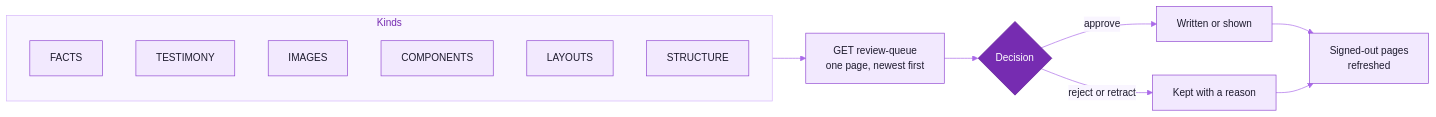
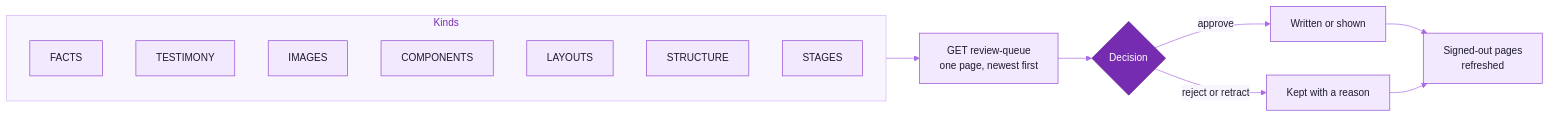
One commit to ankits1802/science-behind-craft changed the diagram in docs/contracts/review-queue.md. Above: the diagram before and after it, drawn with Mermaid. The commit also changed other lines of this file and 139 other files, not shown here.

````diff
--- a/docs/contracts/review-queue.md
+++ b/docs/contracts/review-queue.md
@@ -21,20 +21,21 @@
 ```mermaid
 %%{init: {"theme":"base","fontFamily":"Inter, ui-sans-serif, system-ui, -apple-system, Segoe UI, Roboto, Helvetica, Arial, sans-serif","themeVariables":{"fontSize":"15px","primaryColor":"#F2E9FE","primaryTextColor":"#1E1B2E","primaryBorderColor":"#9148D2","secondaryColor":"#FAEECD","secondaryTextColor":"#1E1B2E","secondaryBorderColor":"#CD9200","tertiaryColor":"#F3F1FA","tertiaryTextColor":"#1E1B2E","tertiaryBorderColor":"#A7A3BC","mainBkg":"#F2E9FE","nodeBorder":"#9148D2","nodeTextColor":"#1E1B2E","lineColor":"#AA69E9","textColor":"#857F9E","edgeLabelBackground":"#F9F5FF","clusterBkg":"#F9F5FF","clusterBorder":"#D6B6FB","titleColor":"#762CB1"}}}%%
 flowchart LR
   subgraph Kinds
     FA["FACTS"]
     TE["TESTIMONY"]
     IM["IMAGES"]
     CO["COMPONENTS"]
     LA["LAYOUTS"]
     ST["STRUCTURE"]
+    SG["STAGES"]
   end
   Kinds --> Q["GET review-queue<br/>one page, newest first"]
   Q --> D{"Decision"}
   D -->|approve| A["Written or shown"]
   D -->|reject or retract| R["Kept with a reason"]
   A --> RV["Signed-out pages<br/>refreshed"]
   R --> RV
   classDef accent fill:#762CB1,stroke:#5F1C93,color:#FFFFFF
   class D accent
 ```
````
